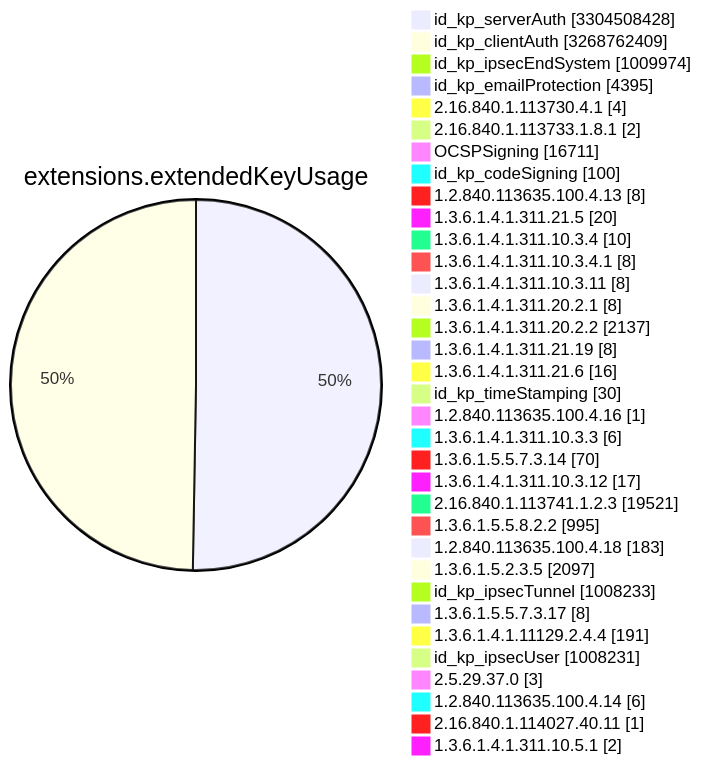
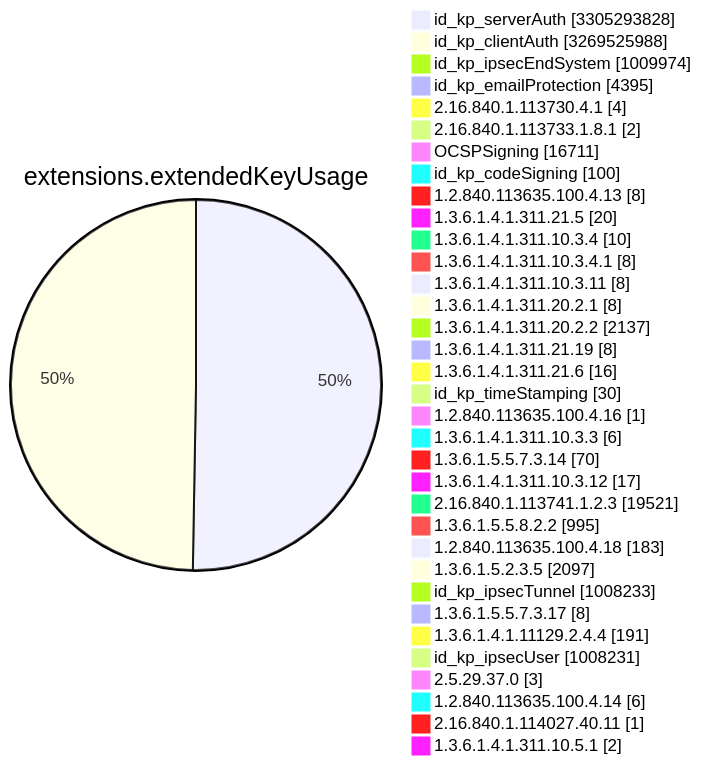
Diagram 11 of 15 in TOTAL/README.md (christiankrug/ctmonitor_visualization), drawn with Mermaid before and after one commit. The commit also changed other lines of this file, not shown here.

````diff
--- a/TOTAL/README.md
+++ b/TOTAL/README.md
@@ -4120,38 +4120,38 @@
 ```mermaid
 pie showData
 title extensions.extendedKeyUsage
-"id_kp_serverAuth" :3304508428
-"id_kp_clientAuth" :3268762409
+"id_kp_serverAuth" :3305293828
+"id_kp_clientAuth" :3269525988
 "id_kp_ipsecEndSystem" :1009974
 "id_kp_emailProtection" :4395
 "2.16.840.1.113730.4.1" :4
 "2.16.840.1.113733.1.8.1" :2
 "OCSPSigning" :16711
 "id_kp_codeSigning" :100
 "1.2.840.113635.100.4.13" :8
 "1.3.6.1.4.1.311.21.5" :20
 "1.3.6.1.4.1.311.10.3.4" :10
 "1.3.6.1.4.1.311.10.3.4.1" :8
 "1.3.6.1.4.1.311.10.3.11" :8
 "1.3.6.1.4.1.311.20.2.1" :8
 "1.3.6.1.4.1.311.20.2.2" :2137
 "1.3.6.1.4.1.311.21.19" :8
 "1.3.6.1.4.1.311.21.6" :16
 "id_kp_timeStamping" :30
 "1.2.840.113635.100.4.16" :1
 "1.3.6.1.4.1.311.10.3.3" :6
 "1.3.6.1.5.5.7.3.14" :70
 "1.3.6.1.4.1.311.10.3.12" :17
 "2.16.840.1.113741.1.2.3" :19521
 "1.3.6.1.5.5.8.2.2" :995
 "1.2.840.113635.100.4.18" :183
 "1.3.6.1.5.2.3.5" :2097
 "id_kp_ipsecTunnel" :1008233
 "1.3.6.1.5.5.7.3.17" :8
 "1.3.6.1.4.1.11129.2.4.4" :191
 "id_kp_ipsecUser" :1008231
 "2.5.29.37.0" :3
 "1.2.840.113635.100.4.14" :6
 "2.16.840.1.114027.40.11" :1
 "1.3.6.1.4.1.311.10.5.1" :2
 ```
````
